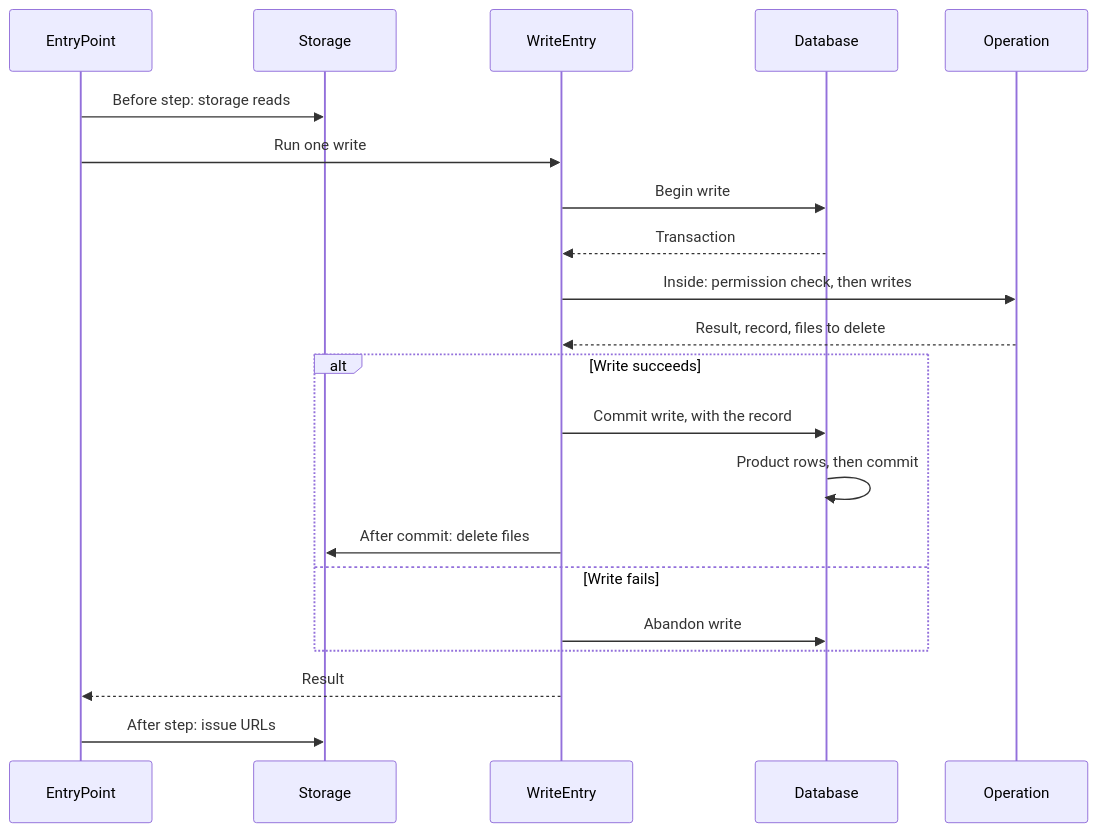
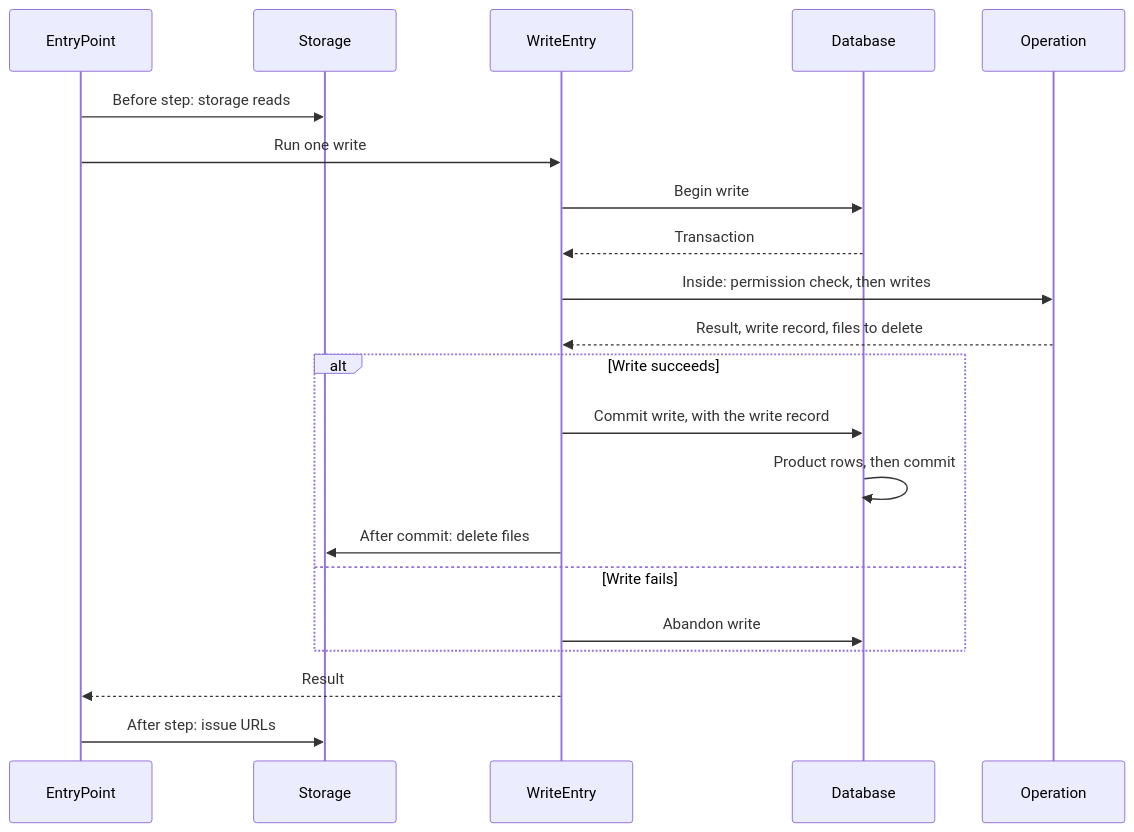
One commit to lorebayai/lorebay changed the second of 2 diagrams in lib/docs/architecture/library.md. Above: the diagram before and after it, drawn with Mermaid. The commit also changed other lines of this file and 27 other files, not shown here.

````diff
--- a/lib/docs/architecture/library.md
+++ b/lib/docs/architecture/library.md
@@ -429,18 +430,18 @@
 ```mermaid
 sequenceDiagram
     EntryPoint->>Storage: Before step: storage reads
     EntryPoint->>WriteEntry: Run one write
     WriteEntry->>Database: Begin write
     Database-->>WriteEntry: Transaction
     WriteEntry->>Operation: Inside: permission check, then writes
-    Operation-->>WriteEntry: Result, record, files to delete
+    Operation-->>WriteEntry: Result, write record, files to delete
     alt Write succeeds
-        WriteEntry->>Database: Commit write, with the record
+        WriteEntry->>Database: Commit write, with the write record
         Database->>Database: Product rows, then commit
         WriteEntry->>Storage: After commit: delete files
     else Write fails
         WriteEntry->>Database: Abandon write
     end
     WriteEntry-->>EntryPoint: Result
     EntryPoint->>Storage: After step: issue URLs
 ```
````
